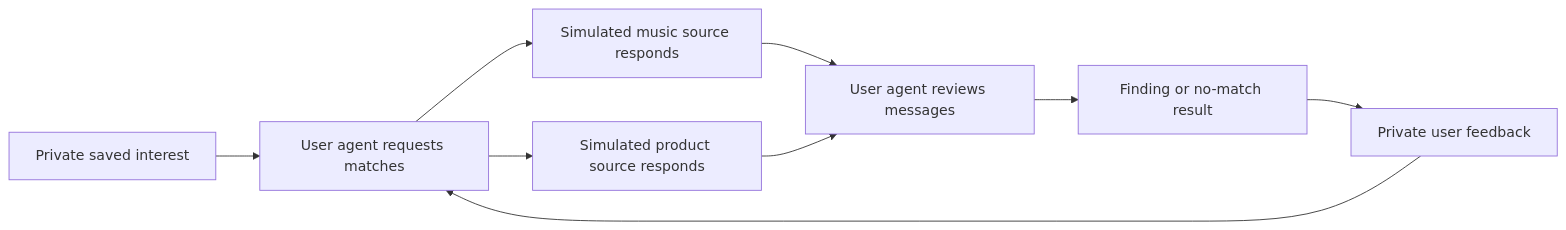
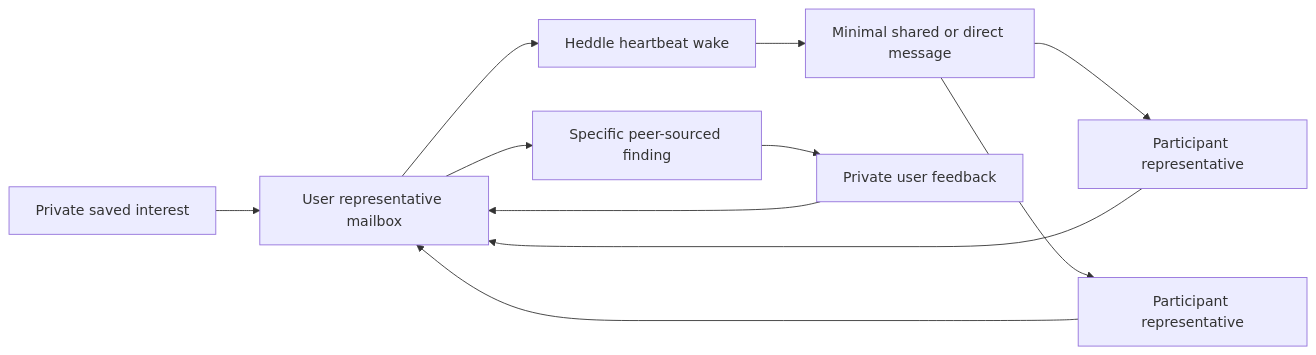
The diagram in README.md (roackb2/lucid), drawn with Mermaid before and after one commit. The commit also changed other lines of this file and 39 other files, not shown here.

````diff
--- a/README.md
+++ b/README.md
@@ -22,11 +22,13 @@
 ```mermaid
 flowchart LR
-  I["Private saved interest"] --> U1["User agent requests matches"]
-  U1 --> S1["Simulated music source responds"]
-  U1 --> S2["Simulated product source responds"]
-  S1 --> U2["User agent reviews messages"]
-  S2 --> U2
-  U2 --> F["Finding or no-match result"]
+  I["Private saved interest"] --> U["User representative mailbox"]
+  U --> H["Heddle heartbeat wake"]
+  H --> M["Minimal shared or direct message"]
+  M --> P1["Participant representative"]
+  M --> P2["Participant representative"]
+  P1 --> U
+  P2 --> U
+  U --> F["Specific peer-sourced finding"]
   F --> B["Private user feedback"]
-  B --> U1
+  B --> U
 ```
````
